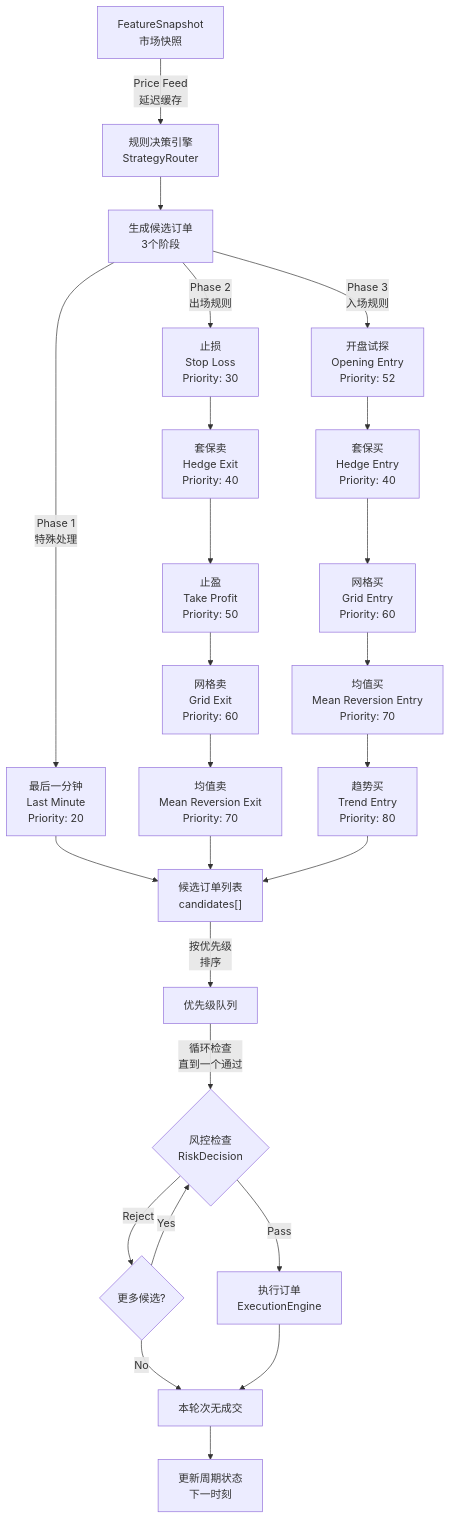
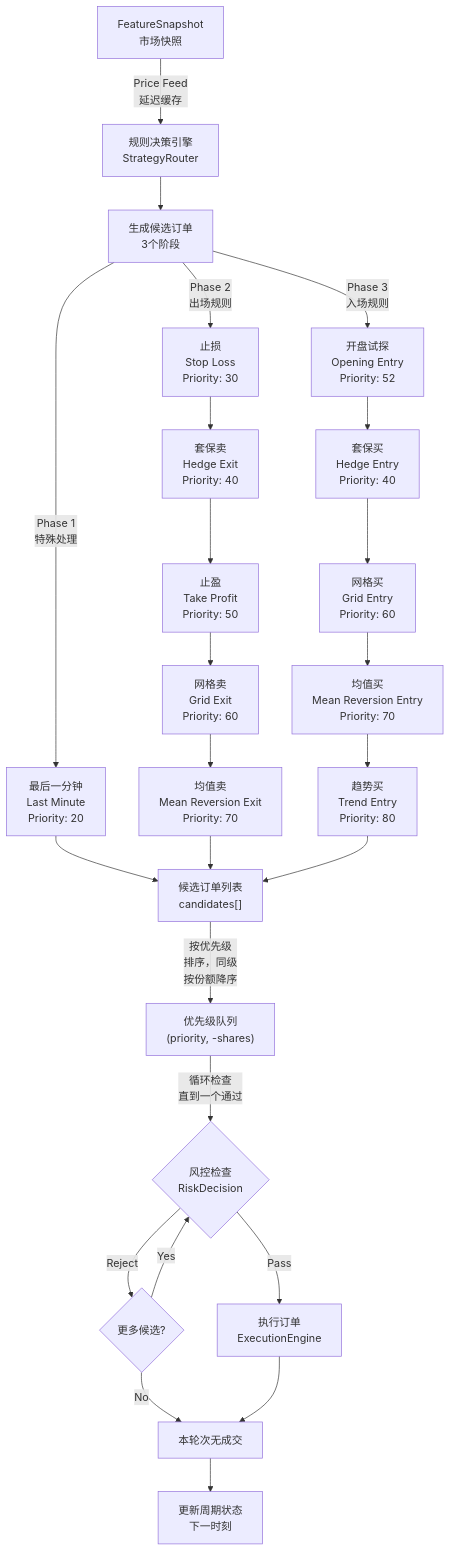
Before and after one commit to PhoebeJerrick/PolyNetAI: the first of 4 diagrams in docs/strategy_flowcharts_and_notes.md, drawn with Mermaid. The commit also changed other lines of this file and 10 other files, not shown here.

````diff
--- a/docs/strategy_flowcharts_and_notes.md
+++ b/docs/strategy_flowcharts_and_notes.md
@@ -9,36 +11,36 @@
 ```mermaid
 graph TD
     A["FeatureSnapshot<br/>市场快照"] -->|Price Feed<br/>延迟缓存| B["规则决策引擎<br/>StrategyRouter"]
     
     B --> C["生成候选订单<br/>3个阶段"]
     
     C -->|Phase 1<br/>特殊处理| D["最后一分钟<br/>Last Minute<br/>Priority: 20"]
     
     C -->|Phase 2<br/>出场规则| E["止损<br/>Stop Loss<br/>Priority: 30"]
     E --> F["套保卖<br/>Hedge Exit<br/>Priority: 40"]
     F --> G["止盈<br/>Take Profit<br/>Priority: 50"]
     G --> H["网格卖<br/>Grid Exit<br/>Priority: 60"]
     H --> I["均值卖<br/>Mean Reversion Exit<br/>Priority: 70"]
     
     C -->|Phase 3<br/>入场规则| J["开盘试探<br/>Opening Entry<br/>Priority: 52"]
     J --> K["套保买<br/>Hedge Entry<br/>Priority: 40"]
     K --> L["网格买<br/>Grid Entry<br/>Priority: 60"]
     L --> M["均值买<br/>Mean Reversion Entry<br/>Priority: 70"]
     M --> N["趋势买<br/>Trend Entry<br/>Priority: 80"]
     
     D --> O["候选订单列表<br/>candidates[]"]
     I --> O
     N --> O
     
-    O -->|按优先级<br/>排序| P["优先级队列"]
+    O -->|按优先级<br/>排序，同级<br/>按份额降序| P["优先级队列<br/>(priority, -shares)"]
     
     P -->|循环检查<br/>直到一个通过| Q{"风控检查<br/>RiskDecision"}
     
     Q -->|Pass| R["执行订单<br/>ExecutionEngine"]
     Q -->|Reject| S{"更多候选?"}
     S -->|Yes| Q
     S -->|No| T["本轮次无成交"]
     R --> T
     
     T --> U["更新周期状态<br/>下一时刻"]
 ```
````
